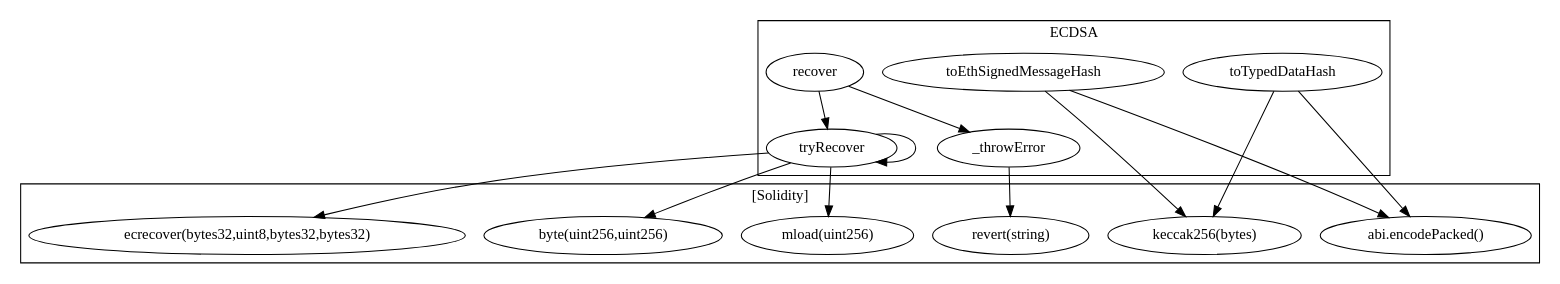
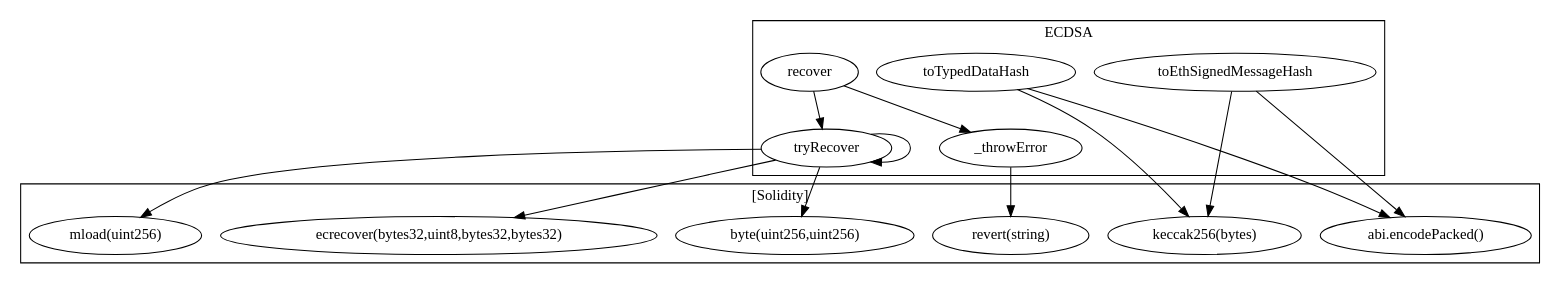
Before and after one commit to FlipsideCrypto/badger: the diagram in contracts/build/...ECDSA.call-graph.dot, drawn with Graphviz. The commit also changed 110 other files, not shown here.

```diff
--- a/contracts/build/...ECDSA.call-graph.dot
+++ b/contracts/build/...ECDSA.call-graph.dot
@@ -1,29 +1,29 @@
 strict digraph {
-subgraph cluster_2762_ECDSA {
+subgraph cluster_3057_ECDSA {
 label = "ECDSA"
-"2762_recover" [label="recover"]
-"2762_tryRecover" [label="tryRecover"]
-"2762_toEthSignedMessageHash" [label="toEthSignedMessageHash"]
-"2762_toTypedDataHash" [label="toTypedDataHash"]
-"2762__throwError" [label="_throwError"]
-"2762_recover" -> "2762_tryRecover"
-"2762_recover" -> "2762__throwError"
-"2762_tryRecover" -> "2762_tryRecover"
+"3057_recover" [label="recover"]
+"3057_tryRecover" [label="tryRecover"]
+"3057_toTypedDataHash" [label="toTypedDataHash"]
+"3057__throwError" [label="_throwError"]
+"3057_toEthSignedMessageHash" [label="toEthSignedMessageHash"]
+"3057_recover" -> "3057__throwError"
+"3057_tryRecover" -> "3057_tryRecover"
+"3057_recover" -> "3057_tryRecover"
 }subgraph cluster_solidity {
 label = "[Solidity]"
+"keccak256(bytes)" 
+"ecrecover(bytes32,uint8,bytes32,bytes32)" 
 "mload(uint256)" 
+"abi.encodePacked()" 
 "byte(uint256,uint256)" 
-"ecrecover(bytes32,uint8,bytes32,bytes32)" 
-"keccak256(bytes)" 
 "revert(string)" 
-"abi.encodePacked()" 
-"2762_toTypedDataHash" -> "abi.encodePacked()"
-"2762__throwError" -> "revert(string)"
-"2762_toEthSignedMessageHash" -> "keccak256(bytes)"
-"2762_toTypedDataHash" -> "keccak256(bytes)"
-"2762_tryRecover" -> "mload(uint256)"
-"2762_tryRecover" -> "byte(uint256,uint256)"
-"2762_toEthSignedMessageHash" -> "abi.encodePacked()"
-"2762_tryRecover" -> "ecrecover(bytes32,uint8,bytes32,bytes32)"
+"3057_toEthSignedMessageHash" -> "keccak256(bytes)"
+"3057_toTypedDataHash" -> "keccak256(bytes)"
+"3057_toTypedDataHash" -> "abi.encodePacked()"
+"3057_tryRecover" -> "ecrecover(bytes32,uint8,bytes32,bytes32)"
+"3057_tryRecover" -> "mload(uint256)"
+"3057__throwError" -> "revert(string)"
+"3057_tryRecover" -> "byte(uint256,uint256)"
+"3057_toEthSignedMessageHash" -> "abi.encodePacked()"
 }
 }
```
